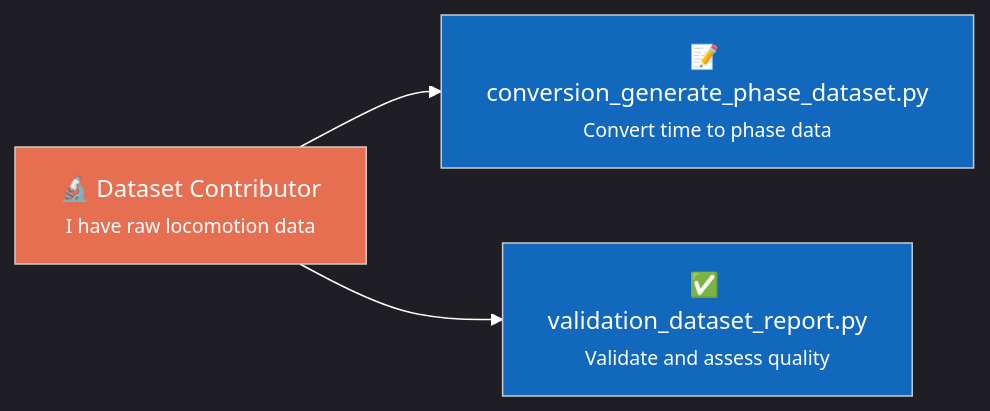
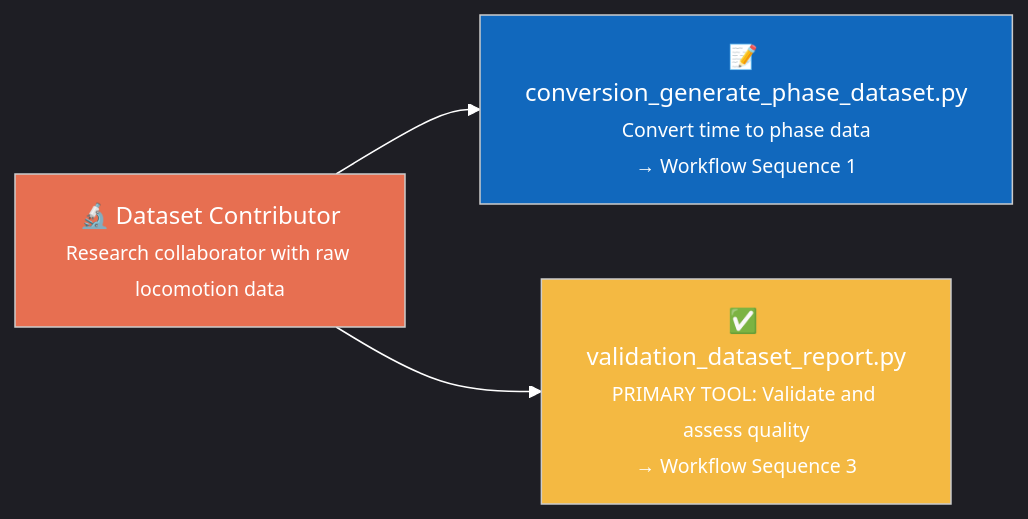
The first of 7 diagrams in docs/software_engineering/11_c4_context.md (jmontp/LocoHub), drawn with Mermaid before and after one commit. The commit also changed other lines of this file and 19 other files, not shown here.

````diff
--- a/docs/software_engineering/11_c4_context.md
+++ b/docs/software_engineering/11_c4_context.md
@@ -7,14 +67,14 @@
 ```mermaid
 %%{init: {'theme': 'dark'}}%%
 graph LR
-    DC["🔬 Dataset Contributor<br/><font size='-1'>I have raw locomotion data</font>"] 
+    DC["🔬 Dataset Contributor<br/><font size='-1'>Research collaborator with raw locomotion data</font>"] 
     
-    DC --> CONVERT["📝 conversion_generate_phase_dataset.py<br/><font size='-1'>Convert time to phase data</font>"]
-    DC --> VALIDATE["✅ validation_dataset_report.py<br/><font size='-1'>Validate and assess quality</font>"]
+    DC --> CONVERT["📝 conversion_generate_phase_dataset.py<br/><font size='-1'>Convert time to phase data<br/>→ Workflow Sequence 1</font>"]
+    DC --> VALIDATE["✅ validation_dataset_report.py<br/><font size='-1'>PRIMARY TOOL: Validate and assess quality<br/>→ Workflow Sequence 3</font>"]
     
     style DC fill:#e76f51,color:white
     style CONVERT fill:#1168bd,color:white
-    style VALIDATE fill:#1168bd,color:white  
+    style VALIDATE fill:#f4b942,color:white
     
     linkStyle default stroke:white
 ```
````
